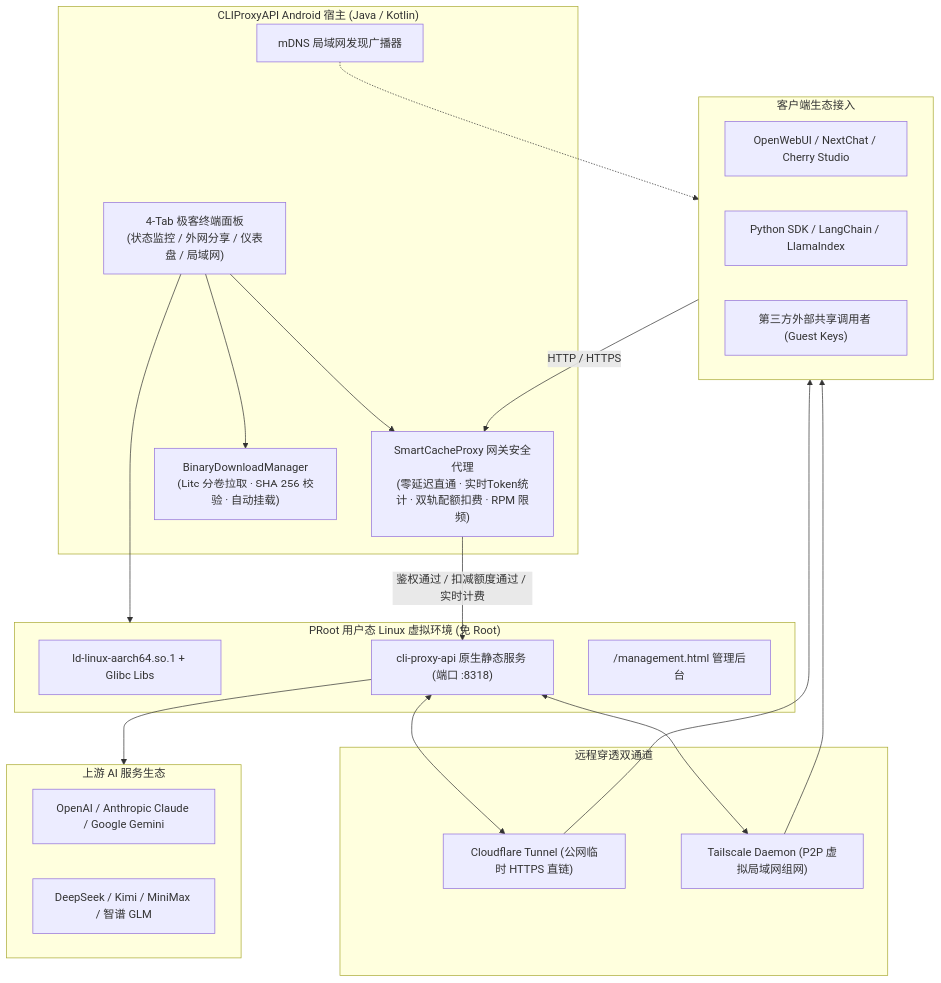
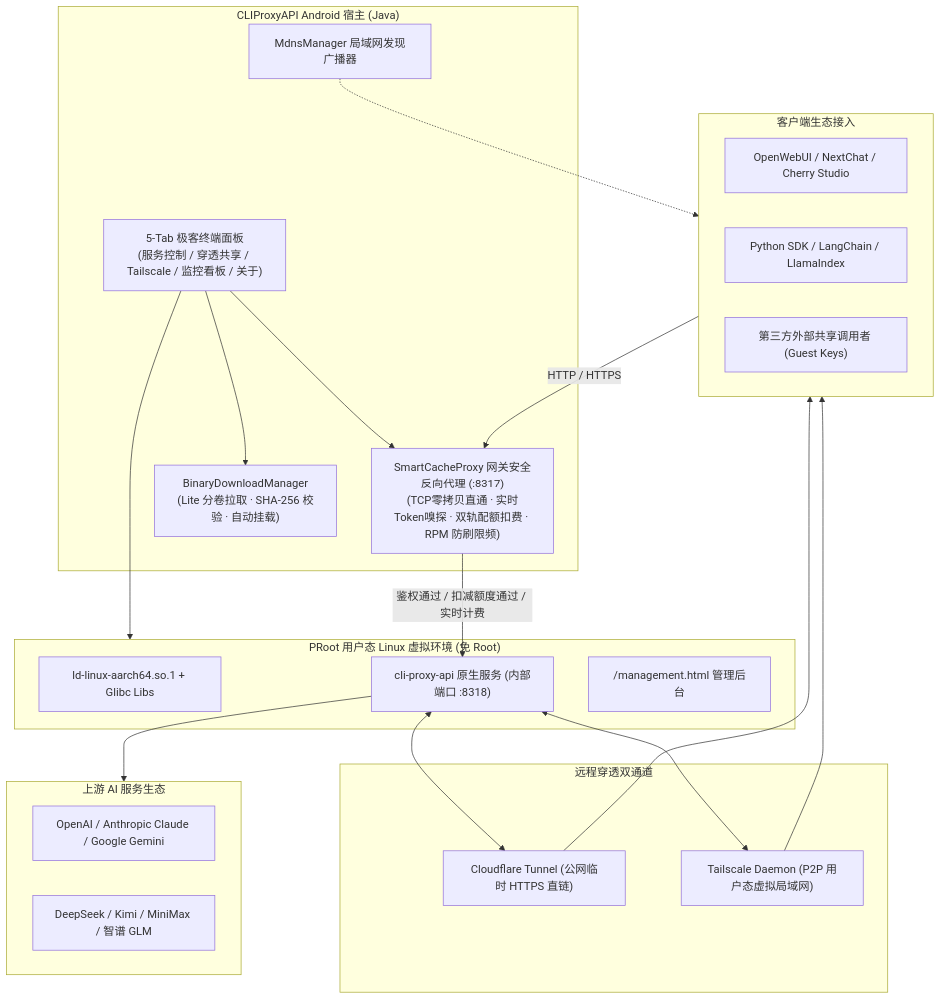
Before and after one commit to liaoyh9422-creator/CLIProxyAPI: the diagram in README.md, drawn with Mermaid. The commit also changed other lines of this file, not shown here.

````diff
--- a/README.md
+++ b/README.md
@@ -67,45 +72,45 @@
 ```mermaid
 flowchart TD
     subgraph Client ["客户端生态接入"]
         C1["OpenWebUI / NextChat / Cherry Studio"]
         C2["Python SDK / LangChain / LlamaIndex"]
         C3["第三方外部共享调用者 (Guest Keys)"]
     end
 
-    subgraph AndroidHost ["CLIProxyAPI Android 宿主 (Java / Kotlin)"]
-        UI["4-Tab 极客终端面板<br/>(状态监控 / 外网分享 / 仪表盘 / 局域网)"]
-        SC["SmartCacheProxy 网关安全代理<br/>(零延迟直通 · 实时Token统计 · 双轨配额扣费 · RPM 限频)"]
-        mDNS["mDNS 局域网发现广播器"]
+    subgraph AndroidHost ["CLIProxyAPI Android 宿主 (Java)"]
+        UI["5-Tab 极客终端面板<br/>(服务控制 / 穿透共享 / Tailscale / 监控看板 / 关于)"]
+        SC["SmartCacheProxy 网关安全反向代理 (:8317)<br/>(TCP零拷贝直通 · 实时Token嗅探 · 双轨配额扣费 · RPM 防刷限频)"]
+        mDNS["MdnsManager 局域网发现广播器"]
         Downloader["BinaryDownloadManager<br/>(Lite 分卷拉取 · SHA-256 校验 · 自动挂载)"]
     end
 
     subgraph ProotCore ["PRoot 用户态 Linux 虚拟环境 (免 Root)"]
         Linker["ld-linux-aarch64.so.1 + Glibc Libs"]
-        ProxyBin["cli-proxy-api 原生静态服务 (端口 :8318)"]
+        ProxyBin["cli-proxy-api 原生服务 (内部端口 :8318)"]
         WebAdmin["/management.html 管理后台"]
     end
 
     subgraph TunnelGate ["远程穿透双通道"]
         CF["Cloudflare Tunnel (公网临时 HTTPS 直链)"]
-        TS["Tailscale Daemon (P2P 虚拟局域网组网)"]
+        TS["Tailscale Daemon (P2P 用户态虚拟局域网)"]
     end
 
     subgraph Upstream ["上游 AI 服务生态"]
         U1["OpenAI / Anthropic Claude / Google Gemini"]
         U2["DeepSeek / Kimi / MiniMax / 智谱 GLM"]
     end
 
     Client -->|HTTP / HTTPS| SC
     SC -->|鉴权通过 / 扣减额度通过 / 实时计费| ProxyBin
     ProxyBin --> Upstream
 
     ProxyBin <--> CF
     ProxyBin <--> TS
     CF --> Client
     TS --> Client
 
     UI --> Downloader
     UI --> ProotCore
     UI --> SC
     mDNS -.-> Client
 ```
````
